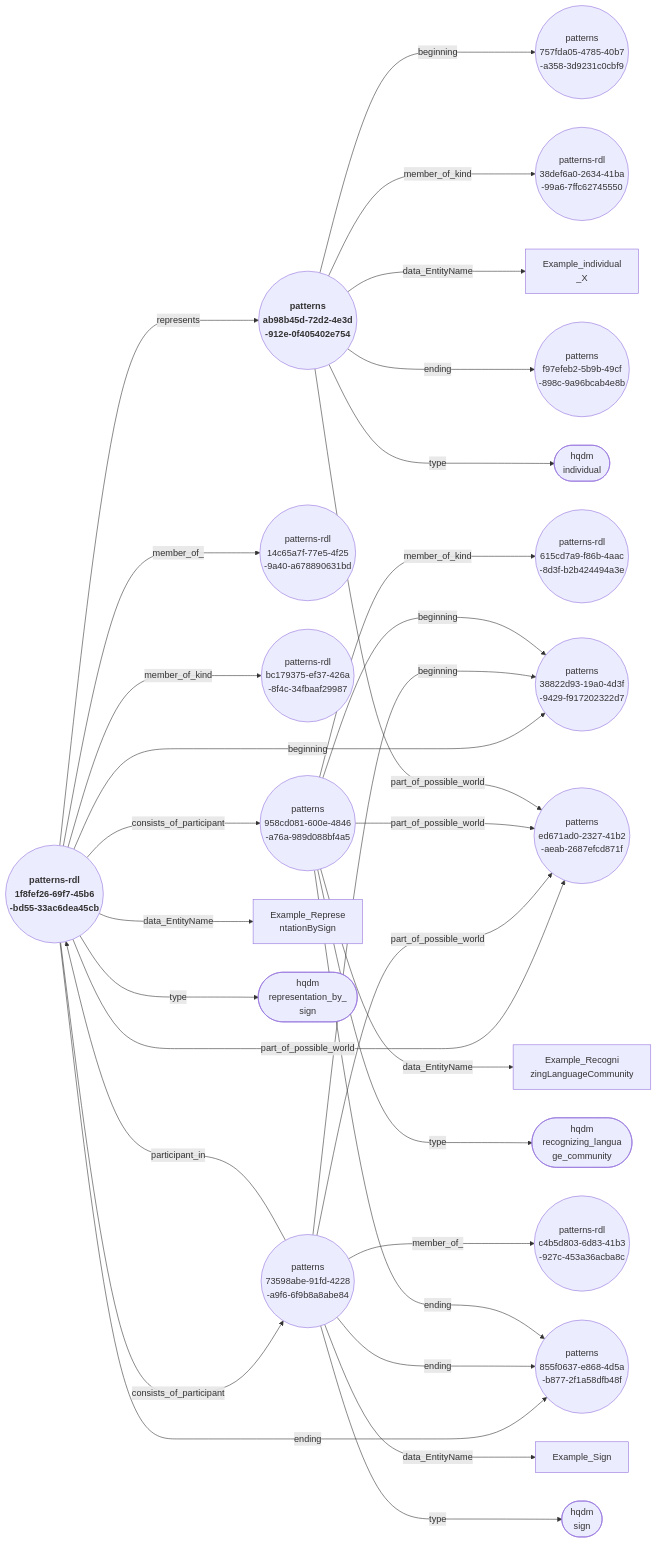
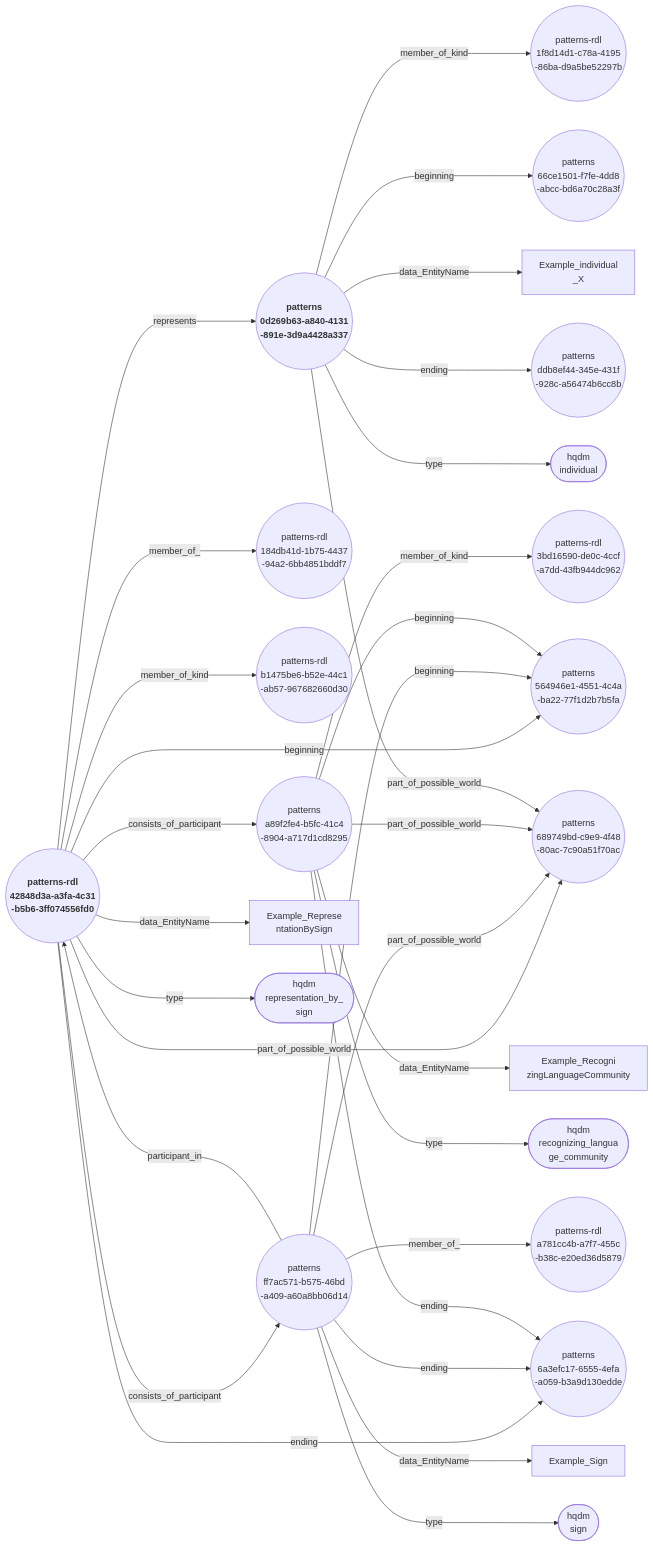
One commit to ClimbingAl/HqdmPatterns changed the diagram in docs/extras/example-files/genericRepresentationBySignAndParticipantsNodeEdgeGraph.mermaid. Above: the diagram before and after it, drawn with Mermaid. The commit also changed 56 other files, not shown here.

Commit message:
System additions prior to adding stviewer-generated spacetime charts.

````diff
--- a/docs/extras/example-files/genericRepresentationBySignAndParticipantsNodeEdgeGraph.mermaid
+++ b/docs/extras/example-files/genericRepresentationBySignAndParticipantsNodeEdgeGraph.mermaid
@@ -1,32 +1,32 @@
 ``` mermaid
 graph LR
-  1f8fef26-69f7-45b6-bd55-33ac6dea45cb(("<b> patterns-rdl <br> 1f8fef26-69f7-45b6 <br> -bd55-33ac6dea45cb"))--->|"represents"|ab98b45d-72d2-4e3d-912e-0f405402e754(("<b> patterns <br> ab98b45d-72d2-4e3d <br> -912e-0f405402e754"));
-  1f8fef26-69f7-45b6-bd55-33ac6dea45cb(("<b> patterns-rdl <br> 1f8fef26-69f7-45b6 <br> -bd55-33ac6dea45cb"))--->|"member_of_"|14c65a7f-77e5-4f25-9a40-a678890631bd(("patterns-rdl <br> 14c65a7f-77e5-4f25 <br> -9a40-a678890631bd"));
-  1f8fef26-69f7-45b6-bd55-33ac6dea45cb(("<b> patterns-rdl <br> 1f8fef26-69f7-45b6 <br> -bd55-33ac6dea45cb"))--->|"beginning"|38822d93-19a0-4d3f-9429-f917202322d7(("patterns <br> 38822d93-19a0-4d3f <br> -9429-f917202322d7"));
-  1f8fef26-69f7-45b6-bd55-33ac6dea45cb(("<b> patterns-rdl <br> 1f8fef26-69f7-45b6 <br> -bd55-33ac6dea45cb"))--->|"member_of_kind"|bc179375-ef37-426a-8f4c-34fbaaf29987(("patterns-rdl <br> bc179375-ef37-426a <br> -8f4c-34fbaaf29987"));
-  1f8fef26-69f7-45b6-bd55-33ac6dea45cb(("<b> patterns-rdl <br> 1f8fef26-69f7-45b6 <br> -bd55-33ac6dea45cb"))--->|"consists_of_participant"|73598abe-91fd-4228-a9f6-6f9b8a8abe84(("patterns <br> 73598abe-91fd-4228 <br> -a9f6-6f9b8a8abe84"));
-  1f8fef26-69f7-45b6-bd55-33ac6dea45cb(("<b> patterns-rdl <br> 1f8fef26-69f7-45b6 <br> -bd55-33ac6dea45cb"))--->|"consists_of_participant"|958cd081-600e-4846-a76a-989d088bf4a5(("patterns <br> 958cd081-600e-4846 <br> -a76a-989d088bf4a5"));
-  1f8fef26-69f7-45b6-bd55-33ac6dea45cb(("<b> patterns-rdl <br> 1f8fef26-69f7-45b6 <br> -bd55-33ac6dea45cb"))--->|"part_of_possible_world"|ed671ad0-2327-41b2-aeab-2687efcd871f(("patterns <br> ed671ad0-2327-41b2 <br> -aeab-2687efcd871f"));
-  1f8fef26-69f7-45b6-bd55-33ac6dea45cb(("<b> patterns-rdl <br> 1f8fef26-69f7-45b6 <br> -bd55-33ac6dea45cb"))--->|"data_EntityName"|Example_RepresentationBySign["Example_Represe <br> ntationBySign"];
-  1f8fef26-69f7-45b6-bd55-33ac6dea45cb(("<b> patterns-rdl <br> 1f8fef26-69f7-45b6 <br> -bd55-33ac6dea45cb"))--->|"ending"|855f0637-e868-4d5a-b877-2f1a58dfb48f(("patterns <br> 855f0637-e868-4d5a <br> -b877-2f1a58dfb48f"));
-  1f8fef26-69f7-45b6-bd55-33ac6dea45cb(("<b> patterns-rdl <br> 1f8fef26-69f7-45b6 <br> -bd55-33ac6dea45cb"))--->|"type"|representation_by_sign(["hqdm <br> representation_by_ <br> sign"]);
-  73598abe-91fd-4228-a9f6-6f9b8a8abe84(("patterns <br> 73598abe-91fd-4228 <br> -a9f6-6f9b8a8abe84"))--->|"member_of_"|c4b5d803-6d83-41b3-927c-453a36acba8c(("patterns-rdl <br> c4b5d803-6d83-41b3 <br> -927c-453a36acba8c"));
-  73598abe-91fd-4228-a9f6-6f9b8a8abe84(("patterns <br> 73598abe-91fd-4228 <br> -a9f6-6f9b8a8abe84"))--->|"beginning"|38822d93-19a0-4d3f-9429-f917202322d7(("patterns <br> 38822d93-19a0-4d3f <br> -9429-f917202322d7"));
-  73598abe-91fd-4228-a9f6-6f9b8a8abe84(("patterns <br> 73598abe-91fd-4228 <br> -a9f6-6f9b8a8abe84"))--->|"part_of_possible_world"|ed671ad0-2327-41b2-aeab-2687efcd871f(("patterns <br> ed671ad0-2327-41b2 <br> -aeab-2687efcd871f"));
-  73598abe-91fd-4228-a9f6-6f9b8a8abe84(("patterns <br> 73598abe-91fd-4228 <br> -a9f6-6f9b8a8abe84"))--->|"participant_in"|1f8fef26-69f7-45b6-bd55-33ac6dea45cb(("<b> patterns-rdl <br> 1f8fef26-69f7-45b6 <br> -bd55-33ac6dea45cb"));
-  73598abe-91fd-4228-a9f6-6f9b8a8abe84(("patterns <br> 73598abe-91fd-4228 <br> -a9f6-6f9b8a8abe84"))--->|"data_EntityName"|Example_Sign["Example_Sign"];
-  73598abe-91fd-4228-a9f6-6f9b8a8abe84(("patterns <br> 73598abe-91fd-4228 <br> -a9f6-6f9b8a8abe84"))--->|"ending"|855f0637-e868-4d5a-b877-2f1a58dfb48f(("patterns <br> 855f0637-e868-4d5a <br> -b877-2f1a58dfb48f"));
-  73598abe-91fd-4228-a9f6-6f9b8a8abe84(("patterns <br> 73598abe-91fd-4228 <br> -a9f6-6f9b8a8abe84"))--->|"type"|sign(["hqdm <br> sign"]);
-  958cd081-600e-4846-a76a-989d088bf4a5(("patterns <br> 958cd081-600e-4846 <br> -a76a-989d088bf4a5"))--->|"beginning"|38822d93-19a0-4d3f-9429-f917202322d7(("patterns <br> 38822d93-19a0-4d3f <br> -9429-f917202322d7"));
-  958cd081-600e-4846-a76a-989d088bf4a5(("patterns <br> 958cd081-600e-4846 <br> -a76a-989d088bf4a5"))--->|"member_of_kind"|615cd7a9-f86b-4aac-8d3f-b2b424494a3e(("patterns-rdl <br> 615cd7a9-f86b-4aac <br> -8d3f-b2b424494a3e"));
-  958cd081-600e-4846-a76a-989d088bf4a5(("patterns <br> 958cd081-600e-4846 <br> -a76a-989d088bf4a5"))--->|"part_of_possible_world"|ed671ad0-2327-41b2-aeab-2687efcd871f(("patterns <br> ed671ad0-2327-41b2 <br> -aeab-2687efcd871f"));
-  958cd081-600e-4846-a76a-989d088bf4a5(("patterns <br> 958cd081-600e-4846 <br> -a76a-989d088bf4a5"))--->|"data_EntityName"|Example_RecognizingLanguageCommunity["Example_Recogni <br> zingLanguageCommunity"];
-  958cd081-600e-4846-a76a-989d088bf4a5(("patterns <br> 958cd081-600e-4846 <br> -a76a-989d088bf4a5"))--->|"ending"|855f0637-e868-4d5a-b877-2f1a58dfb48f(("patterns <br> 855f0637-e868-4d5a <br> -b877-2f1a58dfb48f"));
-  958cd081-600e-4846-a76a-989d088bf4a5(("patterns <br> 958cd081-600e-4846 <br> -a76a-989d088bf4a5"))--->|"type"|recognizing_language_community(["hqdm <br> recognizing_langua <br> ge_community"]);
-  ab98b45d-72d2-4e3d-912e-0f405402e754(("<b> patterns <br> ab98b45d-72d2-4e3d <br> -912e-0f405402e754"))--->|"beginning"|757fda05-4785-40b7-a358-3d9231c0cbf9(("patterns <br> 757fda05-4785-40b7 <br> -a358-3d9231c0cbf9"));
-  ab98b45d-72d2-4e3d-912e-0f405402e754(("<b> patterns <br> ab98b45d-72d2-4e3d <br> -912e-0f405402e754"))--->|"member_of_kind"|38def6a0-2634-41ba-99a6-7ffc62745550(("patterns-rdl <br> 38def6a0-2634-41ba <br> -99a6-7ffc62745550"));
-  ab98b45d-72d2-4e3d-912e-0f405402e754(("<b> patterns <br> ab98b45d-72d2-4e3d <br> -912e-0f405402e754"))--->|"part_of_possible_world"|ed671ad0-2327-41b2-aeab-2687efcd871f(("patterns <br> ed671ad0-2327-41b2 <br> -aeab-2687efcd871f"));
-  ab98b45d-72d2-4e3d-912e-0f405402e754(("<b> patterns <br> ab98b45d-72d2-4e3d <br> -912e-0f405402e754"))--->|"data_EntityName"|Example_individual_X["Example_individual <br> _X"];
-  ab98b45d-72d2-4e3d-912e-0f405402e754(("<b> patterns <br> ab98b45d-72d2-4e3d <br> -912e-0f405402e754"))--->|"ending"|f97efeb2-5b9b-49cf-898c-9a96bcab4e8b(("patterns <br> f97efeb2-5b9b-49cf <br> -898c-9a96bcab4e8b"));
-  ab98b45d-72d2-4e3d-912e-0f405402e754(("<b> patterns <br> ab98b45d-72d2-4e3d <br> -912e-0f405402e754"))--->|"type"|individual(["hqdm <br> individual"]);
+  42848d3a-a3fa-4c31-b5b6-3ff074556fd0(("<b> patterns-rdl <br> 42848d3a-a3fa-4c31 <br> -b5b6-3ff074556fd0"))--->|"represents"|0d269b63-a840-4131-891e-3d9a4428a337(("<b> patterns <br> 0d269b63-a840-4131 <br> -891e-3d9a4428a337"));
+  42848d3a-a3fa-4c31-b5b6-3ff074556fd0(("<b> patterns-rdl <br> 42848d3a-a3fa-4c31 <br> -b5b6-3ff074556fd0"))--->|"member_of_"|184db41d-1b75-4437-94a2-6bb4851bddf7(("patterns-rdl <br> 184db41d-1b75-4437 <br> -94a2-6bb4851bddf7"));
+  42848d3a-a3fa-4c31-b5b6-3ff074556fd0(("<b> patterns-rdl <br> 42848d3a-a3fa-4c31 <br> -b5b6-3ff074556fd0"))--->|"beginning"|564946e1-4551-4c4a-ba22-77f1d2b7b5fa(("patterns <br> 564946e1-4551-4c4a <br> -ba22-77f1d2b7b5fa"));
+  42848d3a-a3fa-4c31-b5b6-3ff074556fd0(("<b> patterns-rdl <br> 42848d3a-a3fa-4c31 <br> -b5b6-3ff074556fd0"))--->|"member_of_kind"|b1475be6-b52e-44c1-ab57-967682660d30(("patterns-rdl <br> b1475be6-b52e-44c1 <br> -ab57-967682660d30"));
+  42848d3a-a3fa-4c31-b5b6-3ff074556fd0(("<b> patterns-rdl <br> 42848d3a-a3fa-4c31 <br> -b5b6-3ff074556fd0"))--->|"consists_of_participant"|a89f2fe4-b5fc-41c4-8904-a717d1cd8295(("patterns <br> a89f2fe4-b5fc-41c4 <br> -8904-a717d1cd8295"));
+  42848d3a-a3fa-4c31-b5b6-3ff074556fd0(("<b> patterns-rdl <br> 42848d3a-a3fa-4c31 <br> -b5b6-3ff074556fd0"))--->|"consists_of_participant"|ff7ac571-b575-46bd-a409-a60a8bb06d14(("patterns <br> ff7ac571-b575-46bd <br> -a409-a60a8bb06d14"));
+  42848d3a-a3fa-4c31-b5b6-3ff074556fd0(("<b> patterns-rdl <br> 42848d3a-a3fa-4c31 <br> -b5b6-3ff074556fd0"))--->|"part_of_possible_world"|689749bd-c9e9-4f48-80ac-7c90a51f70ac(("patterns <br> 689749bd-c9e9-4f48 <br> -80ac-7c90a51f70ac"));
+  42848d3a-a3fa-4c31-b5b6-3ff074556fd0(("<b> patterns-rdl <br> 42848d3a-a3fa-4c31 <br> -b5b6-3ff074556fd0"))--->|"data_EntityName"|Example_RepresentationBySign["Example_Represe <br> ntationBySign"];
+  42848d3a-a3fa-4c31-b5b6-3ff074556fd0(("<b> patterns-rdl <br> 42848d3a-a3fa-4c31 <br> -b5b6-3ff074556fd0"))--->|"ending"|6a3efc17-6555-4efa-a059-b3a9d130edde(("patterns <br> 6a3efc17-6555-4efa <br> -a059-b3a9d130edde"));
+  42848d3a-a3fa-4c31-b5b6-3ff074556fd0(("<b> patterns-rdl <br> 42848d3a-a3fa-4c31 <br> -b5b6-3ff074556fd0"))--->|"type"|representation_by_sign(["hqdm <br> representation_by_ <br> sign"]);
+  ff7ac571-b575-46bd-a409-a60a8bb06d14(("patterns <br> ff7ac571-b575-46bd <br> -a409-a60a8bb06d14"))--->|"member_of_"|a781cc4b-a7f7-455c-b38c-e20ed36d5879(("patterns-rdl <br> a781cc4b-a7f7-455c <br> -b38c-e20ed36d5879"));
+  ff7ac571-b575-46bd-a409-a60a8bb06d14(("patterns <br> ff7ac571-b575-46bd <br> -a409-a60a8bb06d14"))--->|"beginning"|564946e1-4551-4c4a-ba22-77f1d2b7b5fa(("patterns <br> 564946e1-4551-4c4a <br> -ba22-77f1d2b7b5fa"));
+  ff7ac571-b575-46bd-a409-a60a8bb06d14(("patterns <br> ff7ac571-b575-46bd <br> -a409-a60a8bb06d14"))--->|"part_of_possible_world"|689749bd-c9e9-4f48-80ac-7c90a51f70ac(("patterns <br> 689749bd-c9e9-4f48 <br> -80ac-7c90a51f70ac"));
+  ff7ac571-b575-46bd-a409-a60a8bb06d14(("patterns <br> ff7ac571-b575-46bd <br> -a409-a60a8bb06d14"))--->|"participant_in"|42848d3a-a3fa-4c31-b5b6-3ff074556fd0(("<b> patterns-rdl <br> 42848d3a-a3fa-4c31 <br> -b5b6-3ff074556fd0"));
+  ff7ac571-b575-46bd-a409-a60a8bb06d14(("patterns <br> ff7ac571-b575-46bd <br> -a409-a60a8bb06d14"))--->|"data_EntityName"|Example_Sign["Example_Sign"];
+  ff7ac571-b575-46bd-a409-a60a8bb06d14(("patterns <br> ff7ac571-b575-46bd <br> -a409-a60a8bb06d14"))--->|"ending"|6a3efc17-6555-4efa-a059-b3a9d130edde(("patterns <br> 6a3efc17-6555-4efa <br> -a059-b3a9d130edde"));
+  ff7ac571-b575-46bd-a409-a60a8bb06d14(("patterns <br> ff7ac571-b575-46bd <br> -a409-a60a8bb06d14"))--->|"type"|sign(["hqdm <br> sign"]);
+  a89f2fe4-b5fc-41c4-8904-a717d1cd8295(("patterns <br> a89f2fe4-b5fc-41c4 <br> -8904-a717d1cd8295"))--->|"beginning"|564946e1-4551-4c4a-ba22-77f1d2b7b5fa(("patterns <br> 564946e1-4551-4c4a <br> -ba22-77f1d2b7b5fa"));
+  a89f2fe4-b5fc-41c4-8904-a717d1cd8295(("patterns <br> a89f2fe4-b5fc-41c4 <br> -8904-a717d1cd8295"))--->|"member_of_kind"|3bd16590-de0c-4ccf-a7dd-43fb944dc962(("patterns-rdl <br> 3bd16590-de0c-4ccf <br> -a7dd-43fb944dc962"));
+  a89f2fe4-b5fc-41c4-8904-a717d1cd8295(("patterns <br> a89f2fe4-b5fc-41c4 <br> -8904-a717d1cd8295"))--->|"part_of_possible_world"|689749bd-c9e9-4f48-80ac-7c90a51f70ac(("patterns <br> 689749bd-c9e9-4f48 <br> -80ac-7c90a51f70ac"));
+  a89f2fe4-b5fc-41c4-8904-a717d1cd8295(("patterns <br> a89f2fe4-b5fc-41c4 <br> -8904-a717d1cd8295"))--->|"data_EntityName"|Example_RecognizingLanguageCommunity["Example_Recogni <br> zingLanguageCommunity"];
+  a89f2fe4-b5fc-41c4-8904-a717d1cd8295(("patterns <br> a89f2fe4-b5fc-41c4 <br> -8904-a717d1cd8295"))--->|"ending"|6a3efc17-6555-4efa-a059-b3a9d130edde(("patterns <br> 6a3efc17-6555-4efa <br> -a059-b3a9d130edde"));
+  a89f2fe4-b5fc-41c4-8904-a717d1cd8295(("patterns <br> a89f2fe4-b5fc-41c4 <br> -8904-a717d1cd8295"))--->|"type"|recognizing_language_community(["hqdm <br> recognizing_langua <br> ge_community"]);
+  0d269b63-a840-4131-891e-3d9a4428a337(("<b> patterns <br> 0d269b63-a840-4131 <br> -891e-3d9a4428a337"))--->|"member_of_kind"|1f8d14d1-c78a-4195-86ba-d9a5be52297b(("patterns-rdl <br> 1f8d14d1-c78a-4195 <br> -86ba-d9a5be52297b"));
+  0d269b63-a840-4131-891e-3d9a4428a337(("<b> patterns <br> 0d269b63-a840-4131 <br> -891e-3d9a4428a337"))--->|"beginning"|66ce1501-f7fe-4dd8-abcc-bd6a70c28a3f(("patterns <br> 66ce1501-f7fe-4dd8 <br> -abcc-bd6a70c28a3f"));
+  0d269b63-a840-4131-891e-3d9a4428a337(("<b> patterns <br> 0d269b63-a840-4131 <br> -891e-3d9a4428a337"))--->|"part_of_possible_world"|689749bd-c9e9-4f48-80ac-7c90a51f70ac(("patterns <br> 689749bd-c9e9-4f48 <br> -80ac-7c90a51f70ac"));
+  0d269b63-a840-4131-891e-3d9a4428a337(("<b> patterns <br> 0d269b63-a840-4131 <br> -891e-3d9a4428a337"))--->|"data_EntityName"|Example_individual_X["Example_individual <br> _X"];
+  0d269b63-a840-4131-891e-3d9a4428a337(("<b> patterns <br> 0d269b63-a840-4131 <br> -891e-3d9a4428a337"))--->|"ending"|ddb8ef44-345e-431f-928c-a56474b6cc8b(("patterns <br> ddb8ef44-345e-431f <br> -928c-a56474b6cc8b"));
+  0d269b63-a840-4131-891e-3d9a4428a337(("<b> patterns <br> 0d269b63-a840-4131 <br> -891e-3d9a4428a337"))--->|"type"|individual(["hqdm <br> individual"]);
 ```
````
